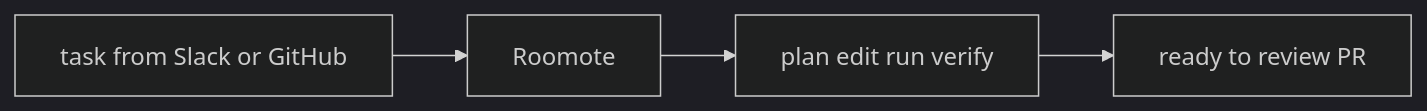
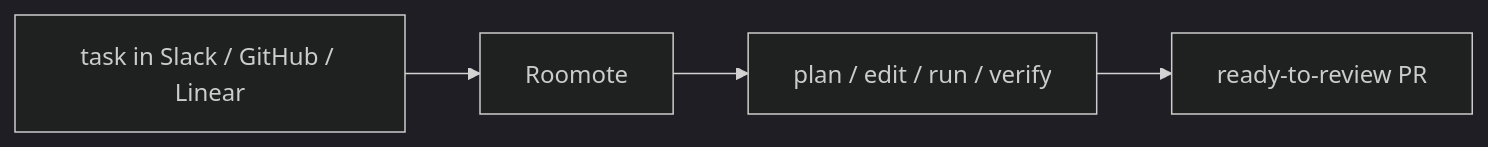
One commit to CodeCompose7/awesome-ai-stack changed the diagram in src/content/stacks/en/roomote.mdx. Above: the diagram before and after it, drawn with Mermaid (dark theme). The commit also changed 2 other files, not shown here.

Commit message:
fix(ui): load Mermaid on pages without sample/project tabs
The real cause of the broken Roomote diagram: MermaidLoader was gated on
`hasSamples || hasProject`, so a page whose only diagram lives in the overview
(no samples, no projects, hence no tabs — Roomote) never loaded Mermaid and
showed the raw source. Also include the loader when the overview body contains
a ```mermaid block. Restore Roomote's fuller diagram labels.

````diff
--- a/src/content/stacks/en/roomote.mdx
+++ b/src/content/stacks/en/roomote.mdx
@@ -19,6 +19,6 @@
 ```mermaid
 flowchart LR
-  task[task from Slack or GitHub] --> roomote[Roomote]
-  roomote --> work[plan edit run verify]
-  work --> pr[ready to review PR]
+  task[task in Slack / GitHub / Linear] --> roomote[Roomote]
+  roomote --> work[plan / edit / run / verify]
+  work --> pr[ready-to-review PR]
 ```
````
